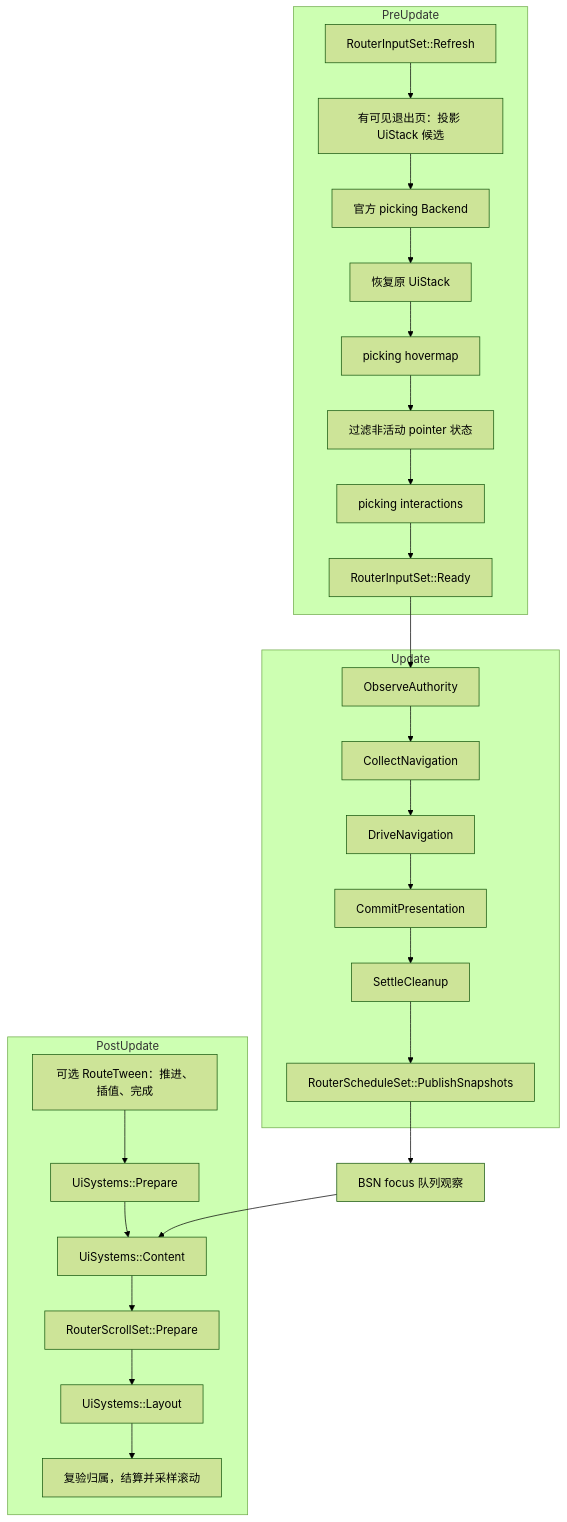
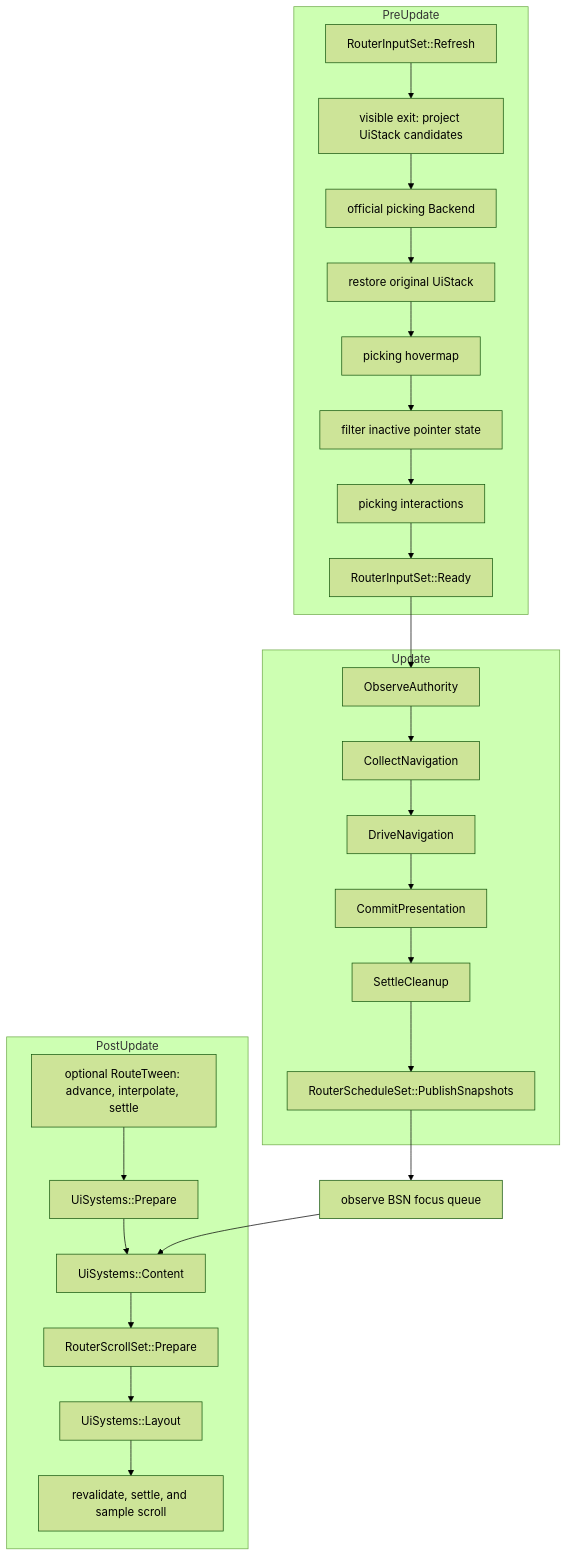
Before and after one commit to shengyusi-SYS/bevy_ui_router: the third of 3 diagrams in docs/architecture/runtime.md, drawn with Mermaid (forest theme). The commit also changed other lines of this file and 73 other files, not shown here.

````diff
--- a/docs/architecture/runtime.md
+++ b/docs/architecture/runtime.md
@@ -98,29 +98,29 @@
 ```mermaid
 flowchart TB
     subgraph PreUpdate
-        Refresh["RouterInputSet::Refresh"] --> Candidates["有可见退出页：投影 UiStack 候选"]
-        Candidates --> Backend["官方 picking Backend"]
-        Backend --> Restore["恢复原 UiStack"]
+        Refresh["RouterInputSet::Refresh"] --> Candidates["visible exit: project UiStack candidates"]
+        Candidates --> Backend["official picking Backend"]
+        Backend --> Restore["restore original UiStack"]
         Restore --> HoverMap["picking hovermap"]
-        HoverMap --> Filter["过滤非活动 pointer 状态"]
+        HoverMap --> Filter["filter inactive pointer state"]
         Filter --> Interaction["picking interactions"]
         Interaction --> Ready["RouterInputSet::Ready"]
     end
     subgraph Update
         Observe["ObserveAuthority"] --> Collect["CollectNavigation"]
         Collect --> Drive["DriveNavigation"]
         Drive --> Commit["CommitPresentation"]
         Commit --> Cleanup["SettleCleanup"]
         Cleanup --> Publish["RouterScheduleSet::PublishSnapshots"]
     end
     subgraph PostUpdate
-        Tween["可选 RouteTween：推进、插值、完成"] --> UiPrepare["UiSystems::Prepare"]
+        Tween["optional RouteTween: advance, interpolate, settle"] --> UiPrepare["UiSystems::Prepare"]
         UiPrepare --> Content
         Content["UiSystems::Content"] --> Prepare["RouterScrollSet::Prepare"]
         Prepare --> Layout["UiSystems::Layout"]
-        Layout --> Scroll["复验归属，结算并采样滚动"]
+        Layout --> Scroll["revalidate, settle, and sample scroll"]
     end
     Ready --> Observe
-    Publish --> Focus["BSN focus 队列观察"]
+    Publish --> Focus["observe BSN focus queue"]
     Focus --> Content
 ```
````
